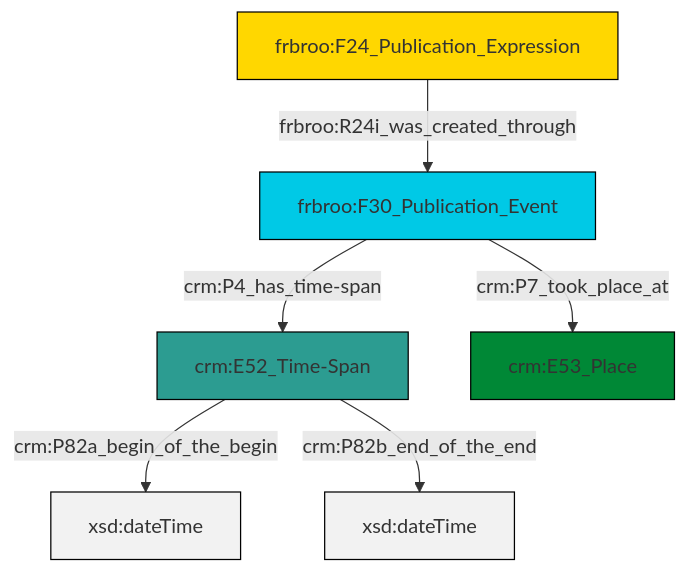
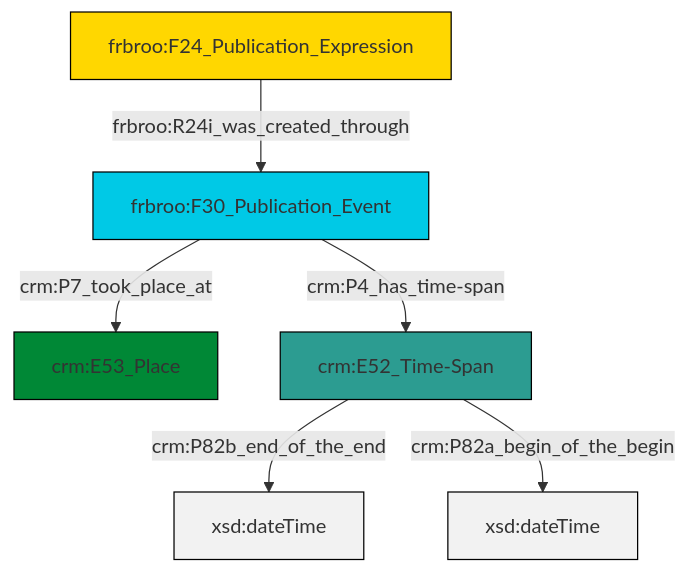
One commit to swiss-art-research-net/reference-data-models changed the diagram in et/biblioCSV/ttl/mmd/biblio_existence.ttl.mmd. Above: the diagram before and after it, drawn with Mermaid. The commit also changed 125 other files, not shown here.

```diff
--- a/et/biblioCSV/ttl/mmd/biblio_existence.ttl.mmd
+++ b/et/biblioCSV/ttl/mmd/biblio_existence.ttl.mmd
@@ -1,20 +1,20 @@
 graph TD
 classDef Literal fill:#f2f2f2,stroke:#000000;
 classDef CRM_Entity fill:#FFFFFF,stroke:#000000;
 classDef Temporal_Entity fill:#00C9E6, stroke:#000000;
 classDef Type fill:#E18312, stroke:#000000;
 classDef Time-Span fill:#2C9C91, stroke:#000000;
 classDef Appellation fill:#FFEB7F, stroke:#000000;
 classDef Place fill:#008836, stroke:#000000;
 classDef Persistent_Item fill:#B266B2, stroke:#000000;
 classDef Conceptual_Object fill:#FFD700, stroke:#000000;
 classDef Physical_Thing fill:#D2B48C, stroke:#000000;
 classDef Actor fill:#f58aad, stroke:#000000;
 classDef PC_Classes fill:#4ce600, stroke:#000000;
 classDef Multi fill:#cccccc,stroke:#000000;
 
-0["frbroo:F30_Publication_Event"]:::Temporal_Entity -->|crm:P4_has_time-span| 1["crm:E52_Time-Span"]:::Time-Span
-0["frbroo:F30_Publication_Event"]:::Temporal_Entity -->|crm:P7_took_place_at| 2["crm:E53_Place"]:::Place
-1["crm:E52_Time-Span"]:::Time-Span -->|crm:P82a_begin_of_the_begin| 7[xsd:dateTime]:::Literal
-5["frbroo:F24_Publication_Expression"]:::Conceptual_Object -->|frbroo:R24i_was_created_through| 0["frbroo:F30_Publication_Event"]:::Temporal_Entity
-1["crm:E52_Time-Span"]:::Time-Span -->|crm:P82b_end_of_the_end| 9[xsd:dateTime]:::Literal
+2["frbroo:F30_Publication_Event"]:::Temporal_Entity -->|crm:P4_has_time-span| 3["crm:E52_Time-Span"]:::Time-Span
+4["frbroo:F24_Publication_Expression"]:::Conceptual_Object -->|frbroo:R24i_was_created_through| 2["frbroo:F30_Publication_Event"]:::Temporal_Entity
+2["frbroo:F30_Publication_Event"]:::Temporal_Entity -->|crm:P7_took_place_at| 0["crm:E53_Place"]:::Place
+3["crm:E52_Time-Span"]:::Time-Span -->|crm:P82b_end_of_the_end| 6[xsd:dateTime]:::Literal
+3["crm:E52_Time-Span"]:::Time-Span -->|crm:P82a_begin_of_the_begin| 8[xsd:dateTime]:::Literal
```
